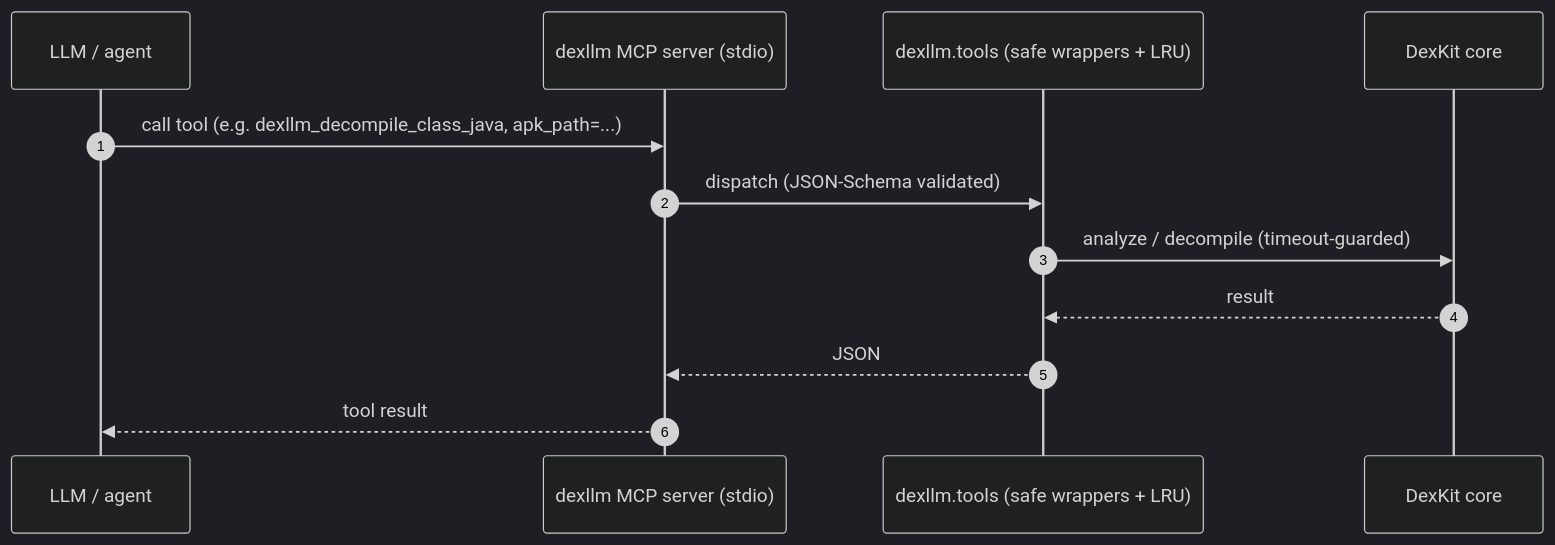
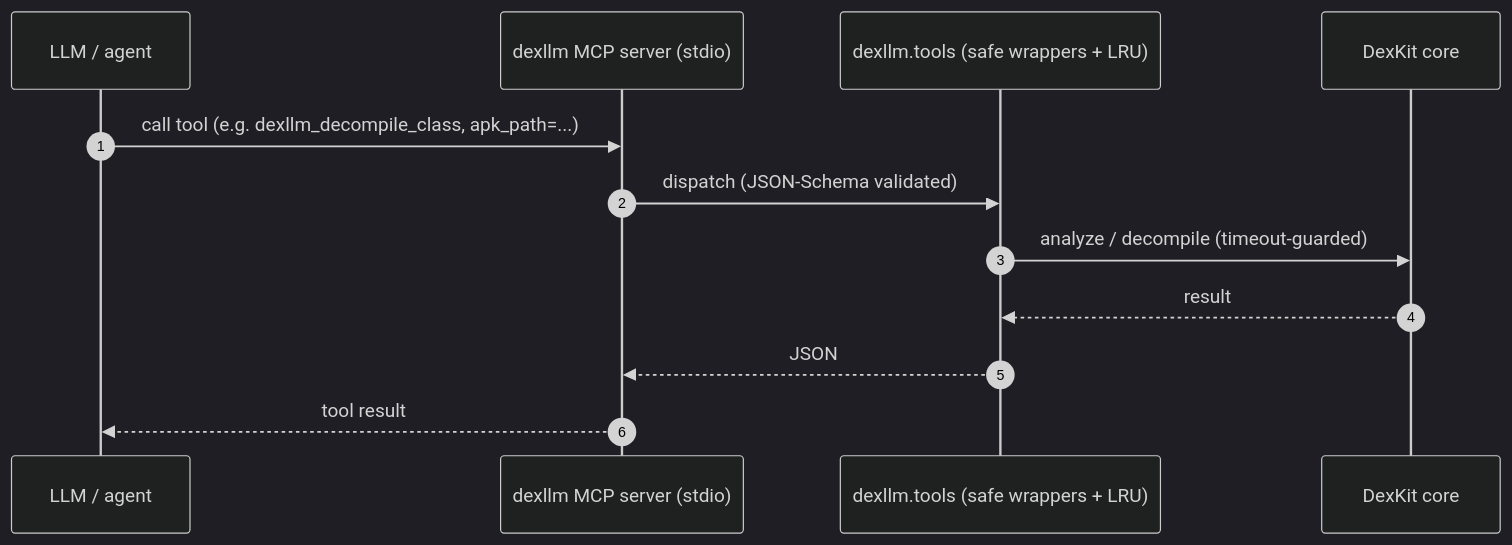
Before and after one commit to mobile-threat-hunter/dex-analyzer-for-llm: the sixth of 6 diagrams in docs/workflow.md, drawn with Mermaid (dark theme). The commit also changed other lines of this file and 37 other files, not shown here.

````diff
--- a/docs/workflow.md
+++ b/docs/workflow.md
@@ -175,16 +175,16 @@
 ```mermaid
 sequenceDiagram
     accTitle: Agent Integration Sequence
     accDescr: An LLM agent calls a dexllm MCP tool with an apk path; the server dispatches the schema-validated call to the tools layer, which runs a timeout-guarded analysis or decompile on the DexKit core and returns JSON back to the agent.
     autonumber
     participant llm as LLM / agent
     participant mcp_server as dexllm MCP server (stdio)
     participant tools as dexllm.tools (safe wrappers + LRU)
     participant core as DexKit core
-    llm->>mcp_server: call tool (e.g. dexllm_decompile_class_java, apk_path=...)
+    llm->>mcp_server: call tool (e.g. dexllm_decompile_class, apk_path=...)
     mcp_server->>tools: dispatch (JSON-Schema validated)
     tools->>core: analyze / decompile (timeout-guarded)
     core-->>tools: result
     tools-->>mcp_server: JSON
     mcp_server-->>llm: tool result
 ```
````
